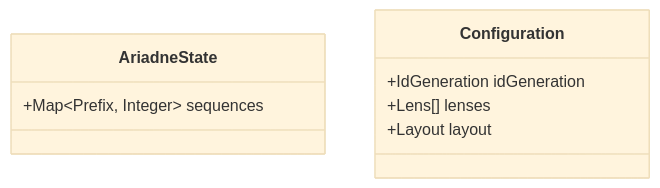
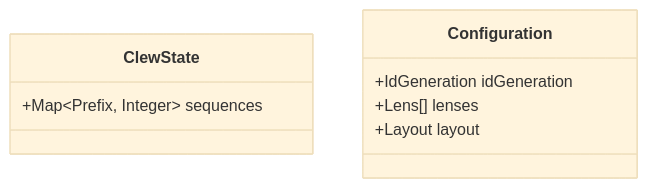
One commit to ariadne-systems/clew changed the diagram in docs/spec/domain-model.md. Above: the diagram before and after it, drawn with Mermaid (base theme). The commit also changed other lines of this file and 131 other files, not shown here.

Commit message:
chore: rename tool-facing 'ariadne' to 'clew' (config .clewrc.json, .clew/ dir, drop ariadne bin alias)

````diff
--- a/docs/spec/domain-model.md
+++ b/docs/spec/domain-model.md
@@ -21,11 +21,11 @@
 ```mermaid
 classDiagram
-    class AriadneState {
+    class ClewState {
         +Map~Prefix, Integer~ sequences
     }
     class Configuration {
         +IdGeneration idGeneration
         +Lens[] lenses
         +Layout layout
     }
 ```
````
